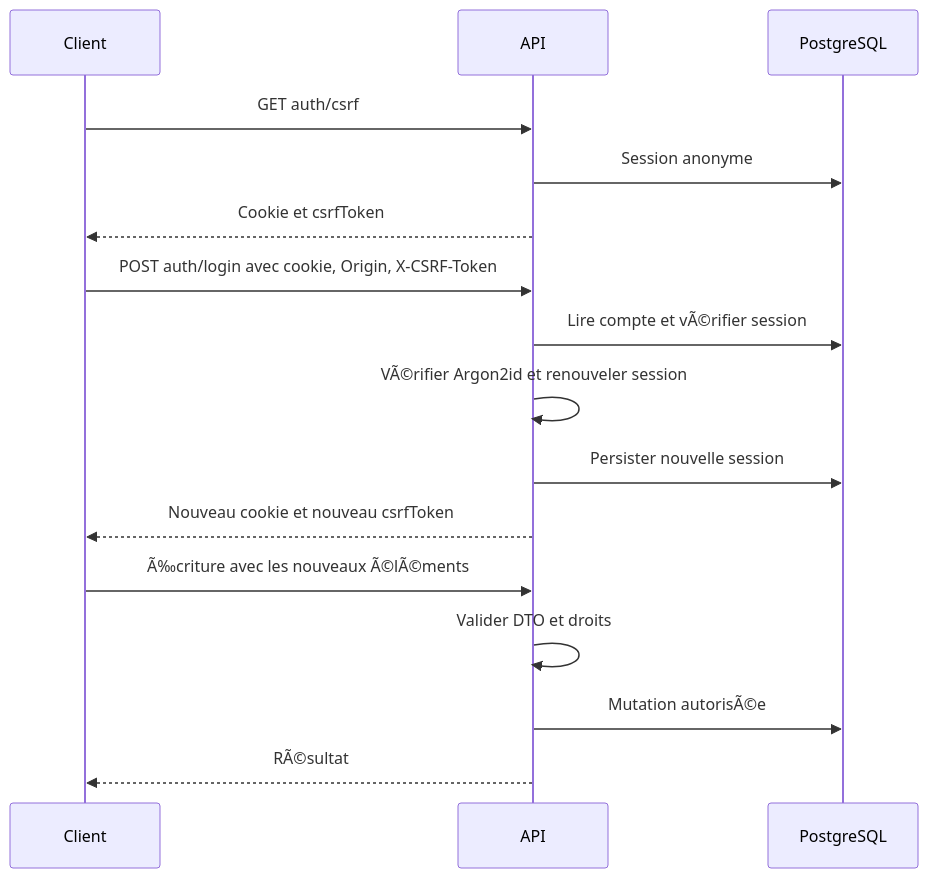
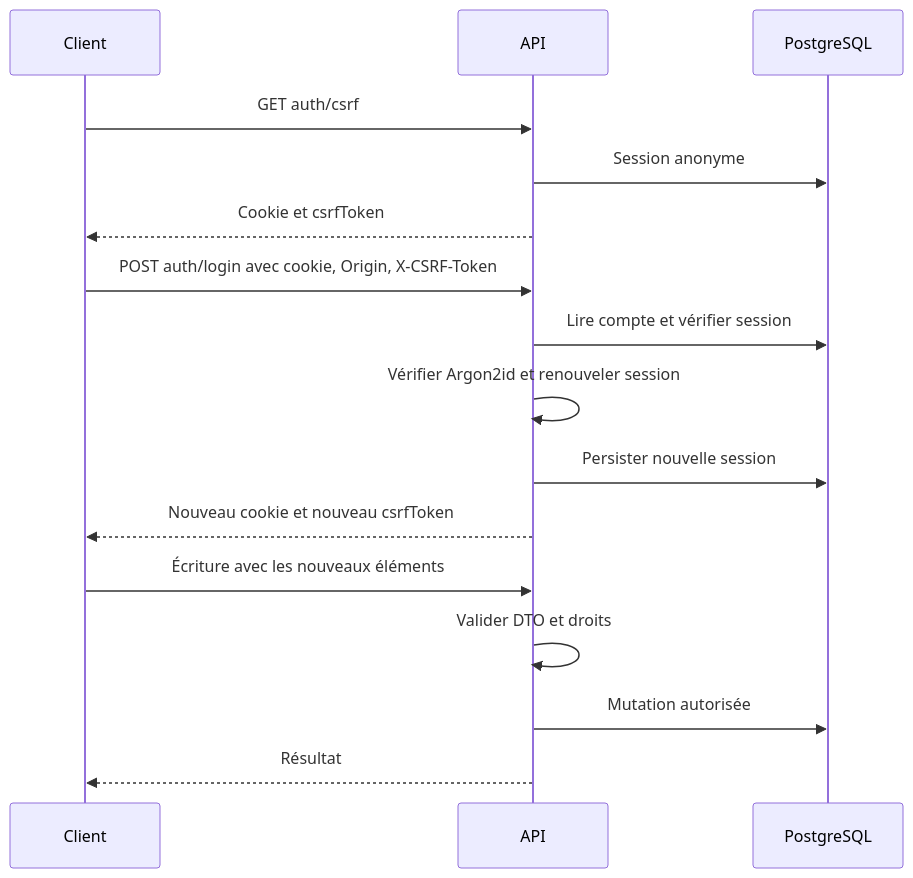
The second of 8 diagrams in docs/FLUX_V1.md (lebretyves/Infimactch_Prod), drawn with Mermaid before and after one commit. The commit also changed other lines of this file and 67 other files, not shown here.

Commit message:
docs: refresh architecture flows and delivery documentation

````diff
--- a/docs/FLUX_V1.md
+++ b/docs/FLUX_V1.md
@@ -7,18 +28,18 @@
 ```mermaid
 sequenceDiagram
     participant Client
     participant API
     participant PostgreSQL
     Client->>API: GET auth/csrf
     API->>PostgreSQL: Session anonyme
     API-->>Client: Cookie et csrfToken
     Client->>API: POST auth/login avec cookie, Origin, X-CSRF-Token
-    API->>PostgreSQL: Lire compte et vÃ©rifier session
-    API->>API: VÃ©rifier Argon2id et renouveler session
+    API->>PostgreSQL: Lire compte et vérifier session
+    API->>API: Vérifier Argon2id et renouveler session
     API->>PostgreSQL: Persister nouvelle session
     API-->>Client: Nouveau cookie et nouveau csrfToken
-    Client->>API: Ã‰criture avec les nouveaux Ã©lÃ©ments
+    Client->>API: Écriture avec les nouveaux éléments
     API->>API: Valider DTO et droits
-    API->>PostgreSQL: Mutation autorisÃ©e
-    API-->>Client: RÃ©sultat
+    API->>PostgreSQL: Mutation autorisée
+    API-->>Client: Résultat
 ```
````
